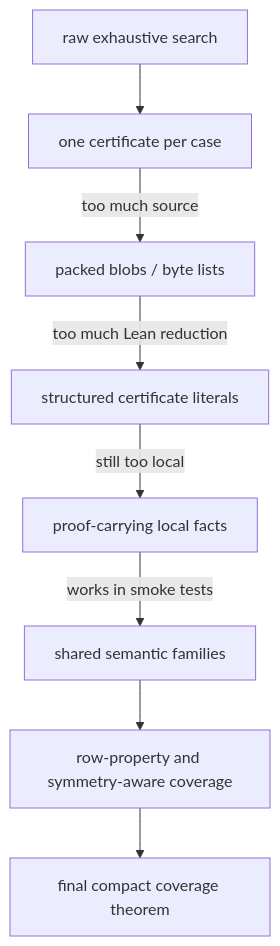
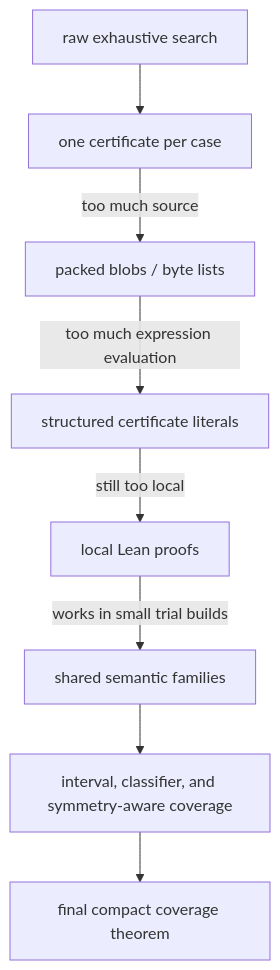
Before and after one commit to zpconn/cuboctahedron: the seventh of 9 diagrams in README.md, drawn with Mermaid. The commit also changed other lines of this file, not shown here.

Commit message:
Update proof architecture README

````diff
--- a/README.md
+++ b/README.md
@@ -415,18 +469,18 @@
 ```mermaid
 flowchart TD
     A["raw exhaustive search"]
     B["one certificate per case"]
     C["packed blobs / byte lists"]
     D["structured certificate literals"]
-    E["proof-carrying local facts"]
+    E["local Lean proofs"]
     F["shared semantic families"]
-    G["row-property and symmetry-aware coverage"]
+    G["interval, classifier, and symmetry-aware coverage"]
     H["final compact coverage theorem"]
 
     A --> B
     B -->|"too much source"| C
-    C -->|"too much Lean reduction"| D
+    C -->|"too much expression evaluation"| D
     D -->|"still too local"| E
-    E -->|"works in smoke tests"| F
+    E -->|"works in small trial builds"| F
     F --> G --> H
 ```
````
